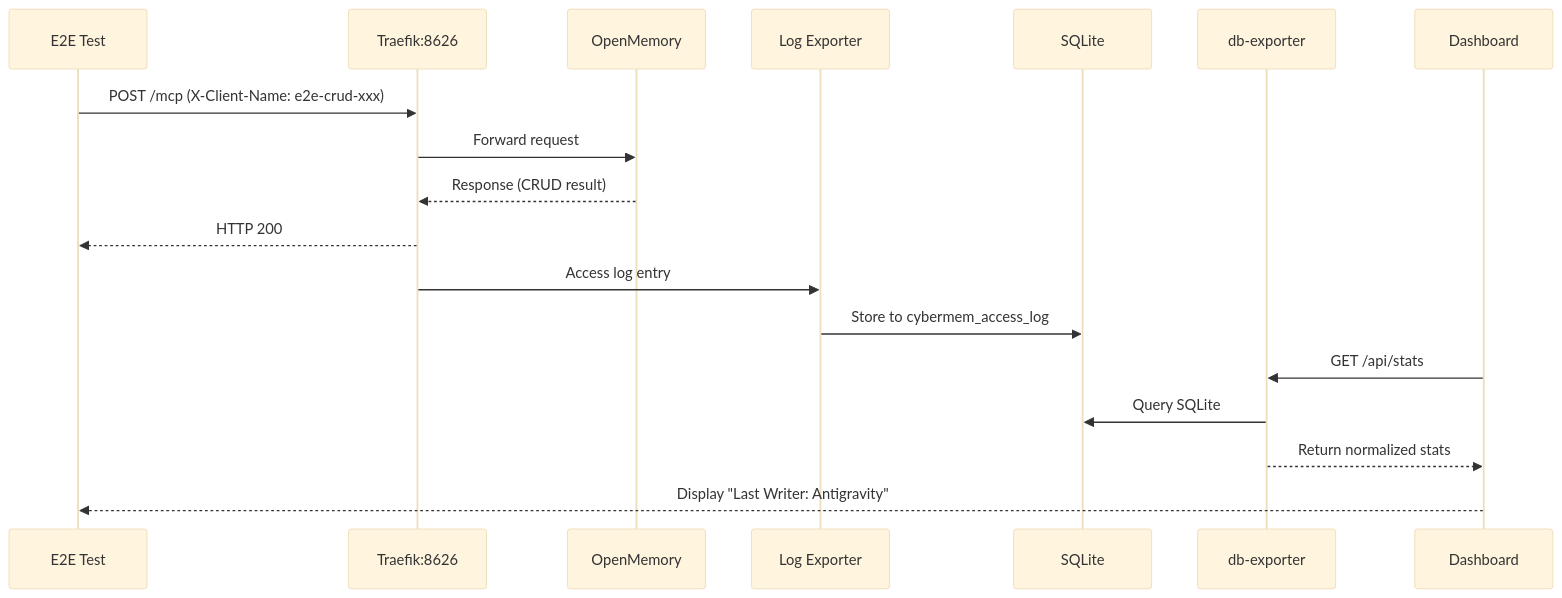
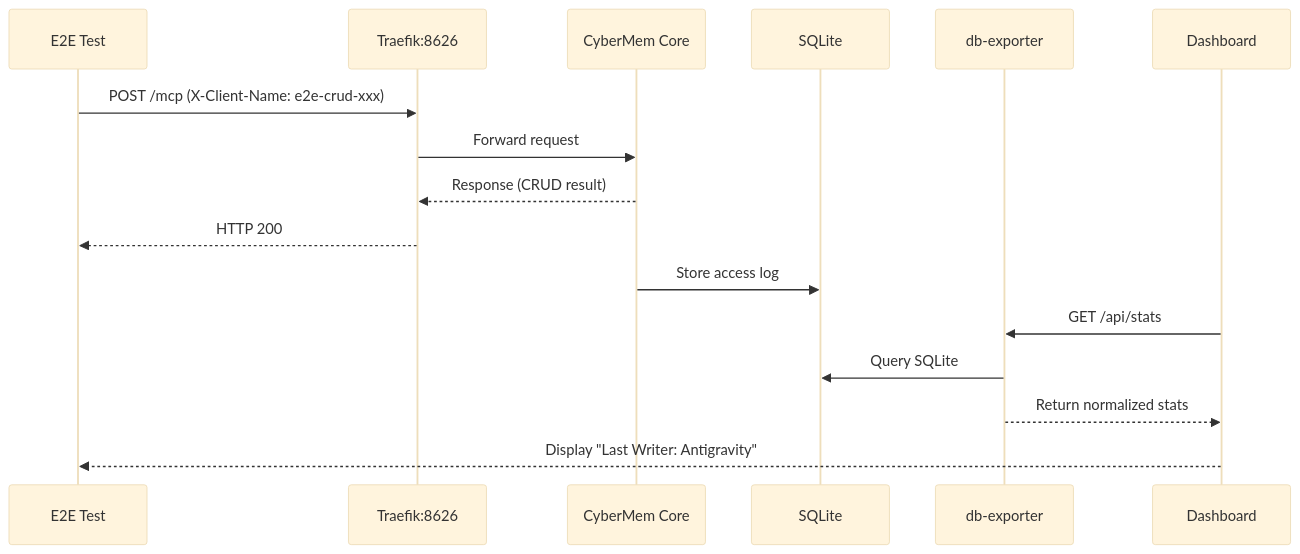
Before and after one commit to mikhailkogan17/cybermem: the diagram in GEMINI.md, drawn with Mermaid (base theme). The commit also changed other lines of this file and 21 other files, not shown here.

````diff
--- a/GEMINI.md
+++ b/GEMINI.md
@@ -356,21 +181,19 @@
 ```mermaid
 sequenceDiagram
     participant Test as E2E Test
     participant Traefik as Traefik:8626
-    participant OM as OpenMemory
-    participant LE as Log Exporter
+    participant CM as CyberMem Core
     participant DB as SQLite
     participant DBE as db-exporter
     participant Dash as Dashboard
 
     Test->>Traefik: POST /mcp (X-Client-Name: e2e-crud-xxx)
-    Traefik->>OM: Forward request
-    OM-->>Traefik: Response (CRUD result)
+    Traefik->>CM: Forward request
+    CM-->>Traefik: Response (CRUD result)
     Traefik-->>Test: HTTP 200
-    Traefik->>LE: Access log entry
-    LE->>DB: Store to cybermem_access_log
+    CM->>DB: Store access log
     Dash->>DBE: GET /api/stats
     DBE->>DB: Query SQLite
     DBE-->>Dash: Return normalized stats
     Dash-->>Test: Display "Last Writer: Antigravity"
 ```
````
